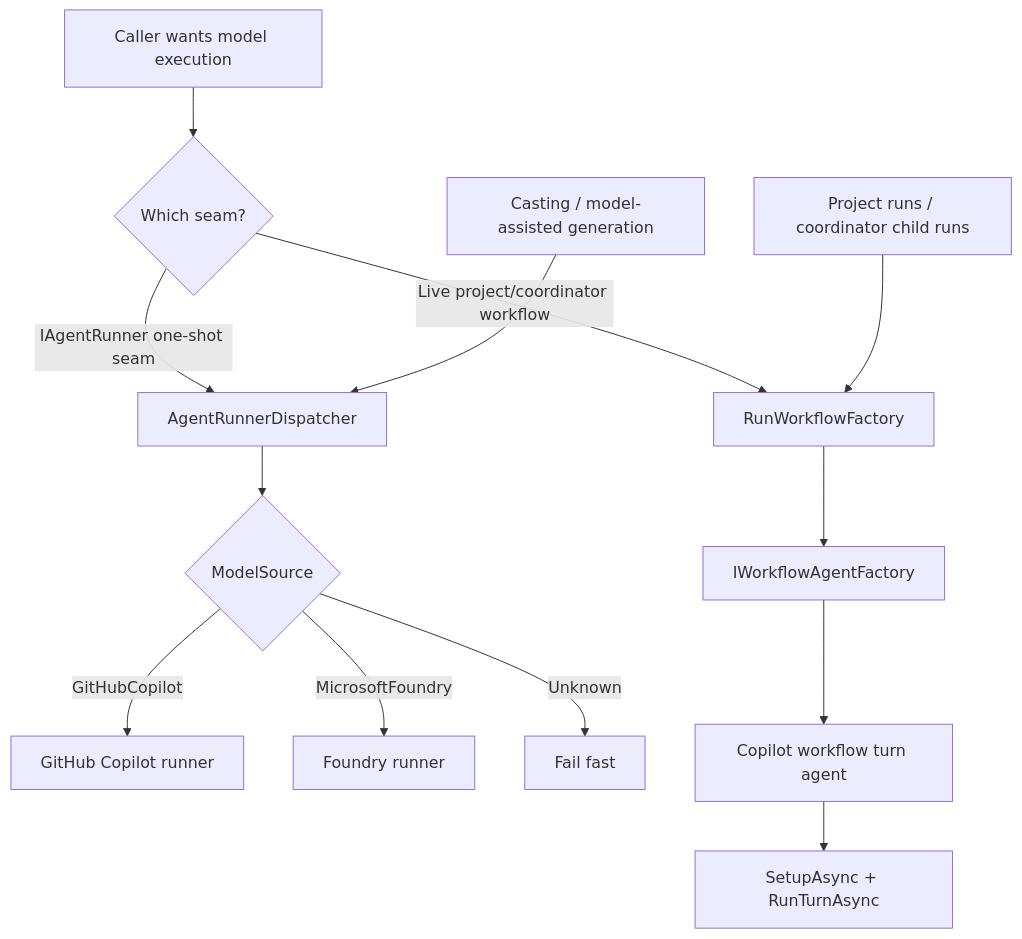
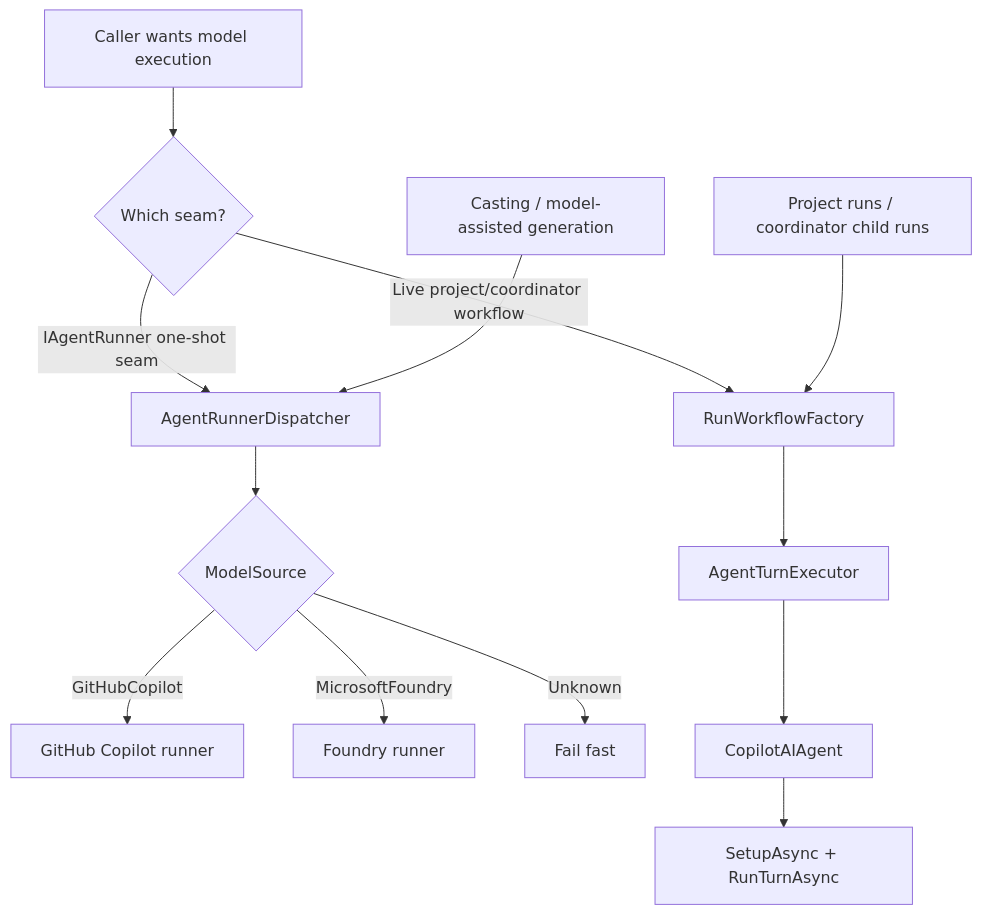
Before and after one commit to sabbour/agentweaver: the second of 3 diagrams in docs/deep-dive/agent-runtime.md, drawn with Mermaid. The commit also changed other lines of this file and 16 other files, not shown here.

````diff
--- a/docs/deep-dive/agent-runtime.md
+++ b/docs/deep-dive/agent-runtime.md
@@ -190,18 +190,18 @@
 ```mermaid
 flowchart TD
     A[Caller wants model execution] --> B{Which seam?}
 
     B -->|IAgentRunner one-shot seam| C[AgentRunnerDispatcher]
     C --> D{ModelSource}
     D -->|GitHubCopilot| E[GitHub Copilot runner]
     D -->|MicrosoftFoundry| F[Foundry runner]
     D -->|Unknown| G[Fail fast]
 
     B -->|Live project/coordinator workflow| H[RunWorkflowFactory]
-    H --> I[IWorkflowAgentFactory]
-    I --> J[Copilot workflow turn agent]
+    H --> I[AgentTurnExecutor]
+    I --> J[CopilotAIAgent]
     J --> K[SetupAsync + RunTurnAsync]
 
     L[Casting / model-assisted generation] --> C
     M[Project runs / coordinator child runs] --> H
 ```
````
